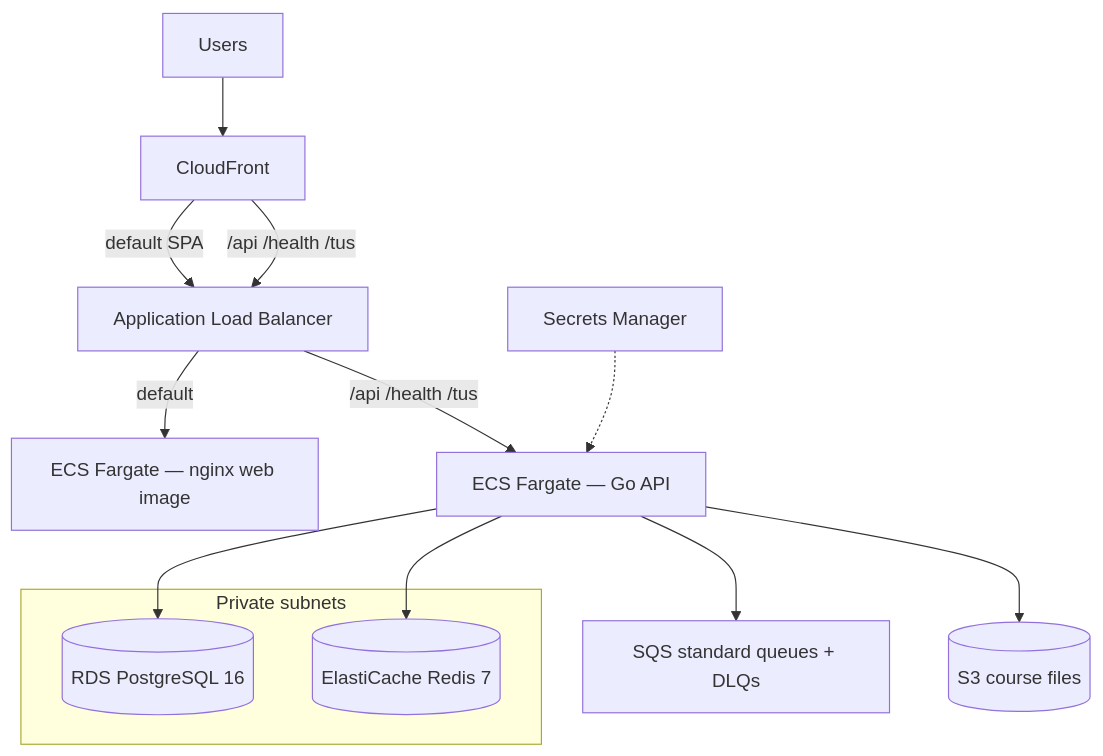
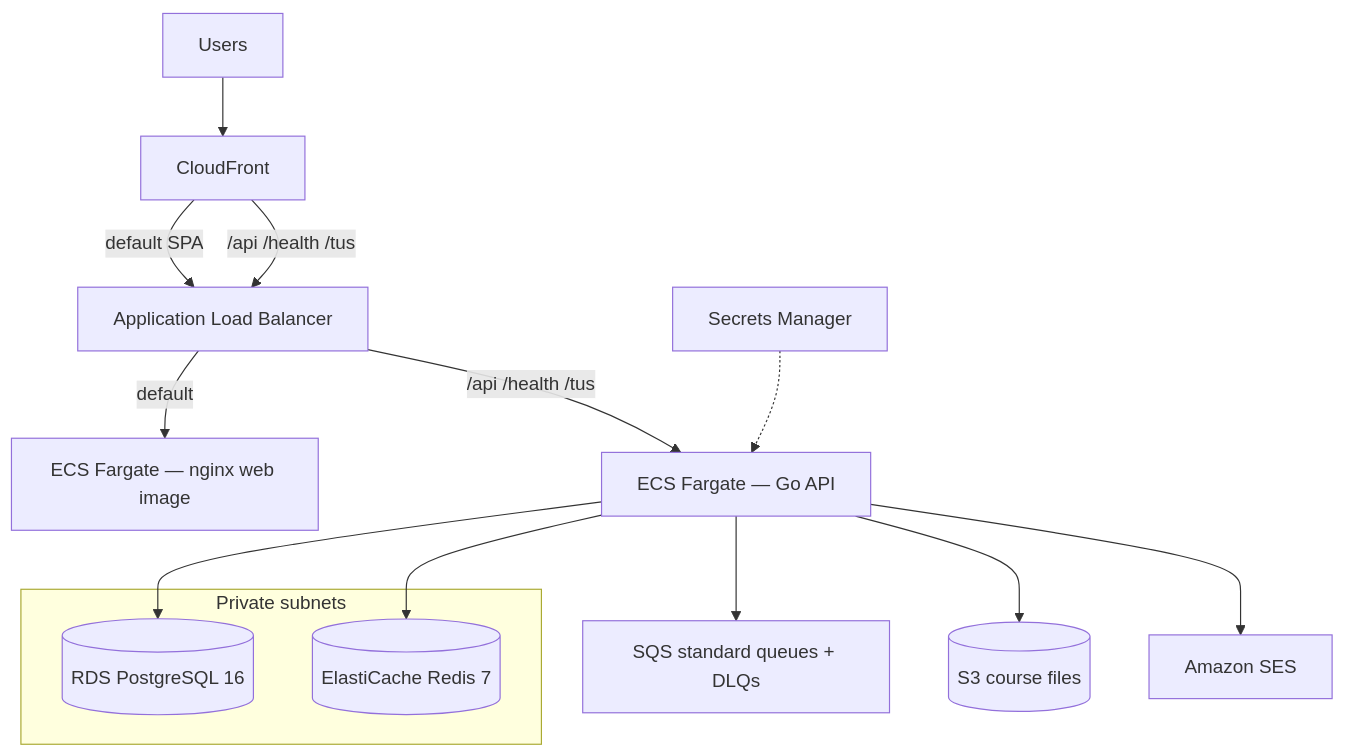
Before and after one commit to StudyDrift/lextures: the diagram in iac/self-aws/README.md, drawn with Mermaid. The commit also changed other lines of this file and 53 other files, not shown here.

````diff
--- a/iac/self-aws/README.md
+++ b/iac/self-aws/README.md
@@ -9,19 +7,20 @@
 ```mermaid
 flowchart TB
   Users --> CF[CloudFront]
   CF -->|default SPA| ALB[Application Load Balancer]
   CF -->|/api /health /tus| ALB
   ALB -->|default| Web[ECS Fargate — nginx web image]
   ALB -->|/api /health /tus| API[ECS Fargate — Go API]
 
   subgraph private [Private subnets]
     RDS[(RDS PostgreSQL 16)]
     Redis[(ElastiCache Redis 7)]
   end
 
   API --> RDS
   API --> Redis
   API --> SQS[SQS standard queues + DLQs]
   API --> S3Files[(S3 course files)]
+  API --> SES[Amazon SES]
   SM[Secrets Manager] -.-> API
 ```
````
